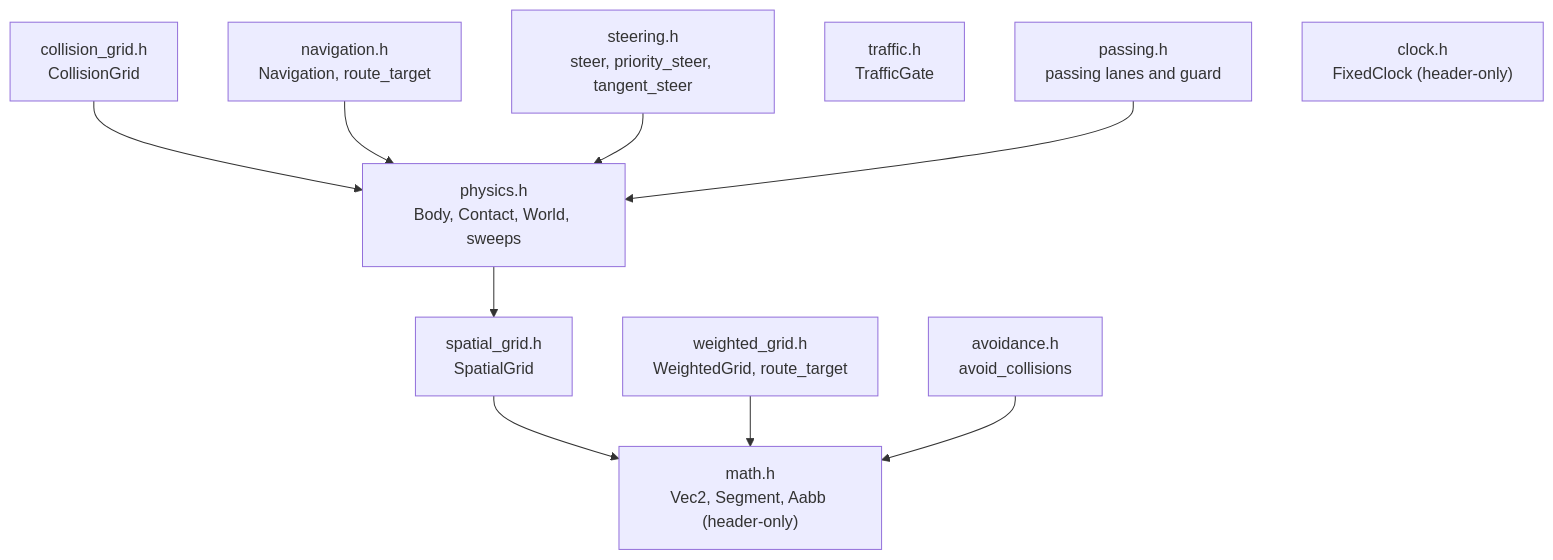
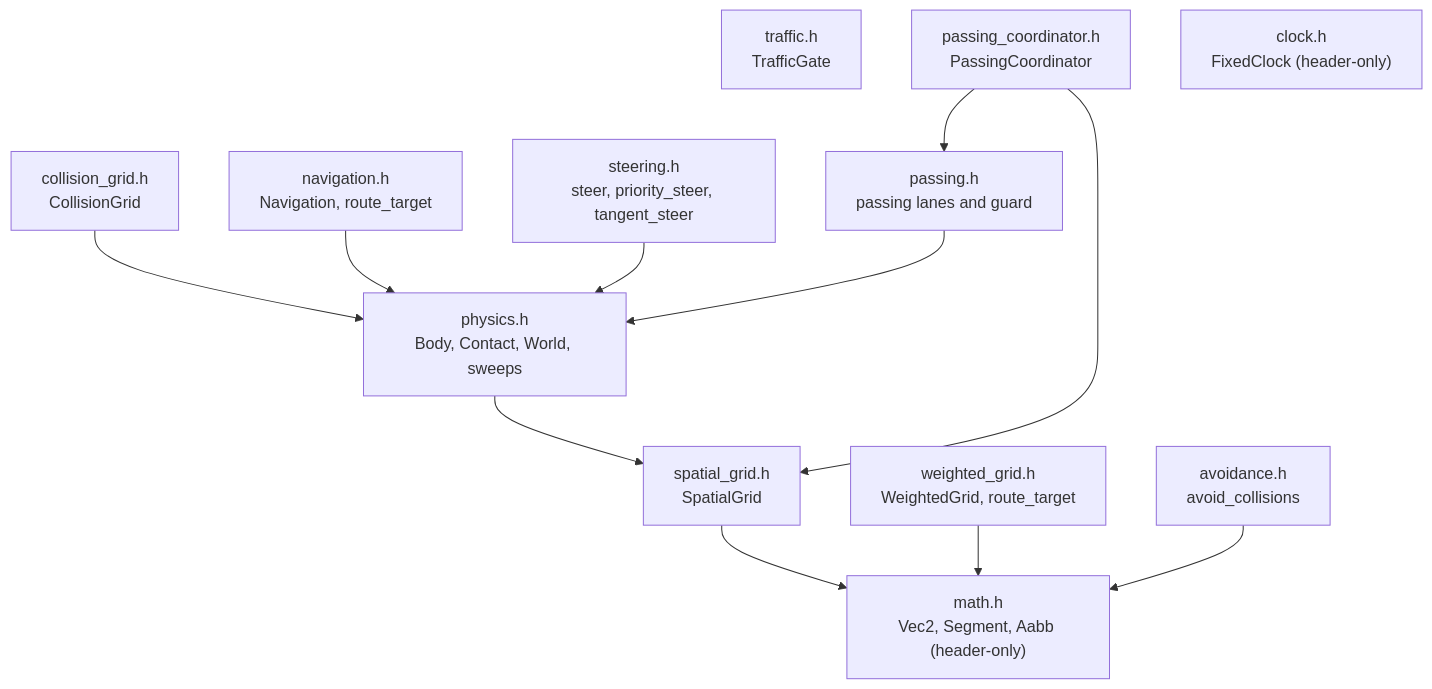
Before and after one commit to SMB-M87/Kinetra: the first of 2 diagrams in src/simulation/README.md, drawn with Mermaid. The commit also changed other lines of this file and 8 other files, not shown here.

First line of the commit message:
docs(navigation): record the passing coordinator contract and ADR 0017

````diff
--- a/src/simulation/README.md
+++ b/src/simulation/README.md
@@ -41,22 +41,25 @@
 ```mermaid
 flowchart TD
     Math["math.h<br/>Vec2, Segment, Aabb (header-only)"]
     Grid["spatial_grid.h<br/>SpatialGrid"]
     Physics["physics.h<br/>Body, Contact, World, sweeps"]
     CGrid["collision_grid.h<br/>CollisionGrid"]
     Nav["navigation.h<br/>Navigation, route_target"]
     WGrid["weighted_grid.h<br/>WeightedGrid, route_target"]
     Steer["steering.h<br/>steer, priority_steer, tangent_steer"]
     Avoid["avoidance.h<br/>avoid_collisions"]
     Traffic["traffic.h<br/>TrafficGate"]
     Passing["passing.h<br/>passing lanes and guard"]
+    Coordinator["passing_coordinator.h<br/>PassingCoordinator"]
     Clock["clock.h<br/>FixedClock (header-only)"]
     Grid --> Math
     Physics --> Grid
     CGrid --> Physics
     Nav --> Physics
     Steer --> Physics
     WGrid --> Math
     Avoid --> Math
     Passing --> Physics
+    Coordinator --> Passing
+    Coordinator --> Grid
 ```
````
